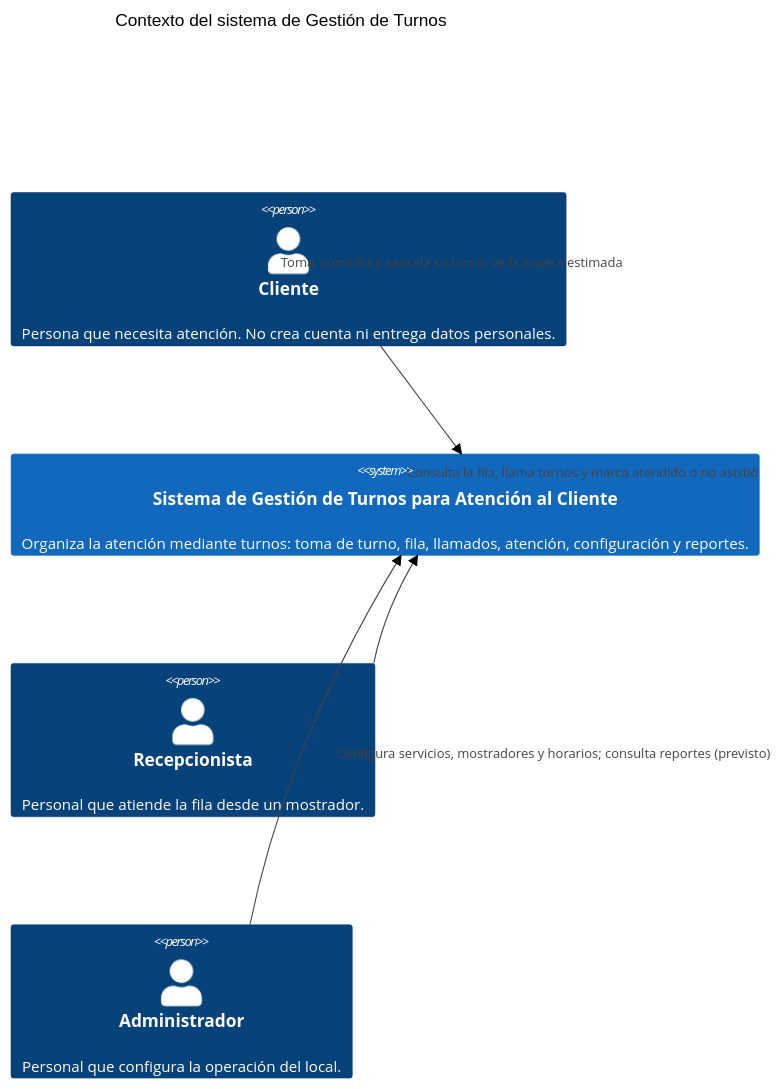
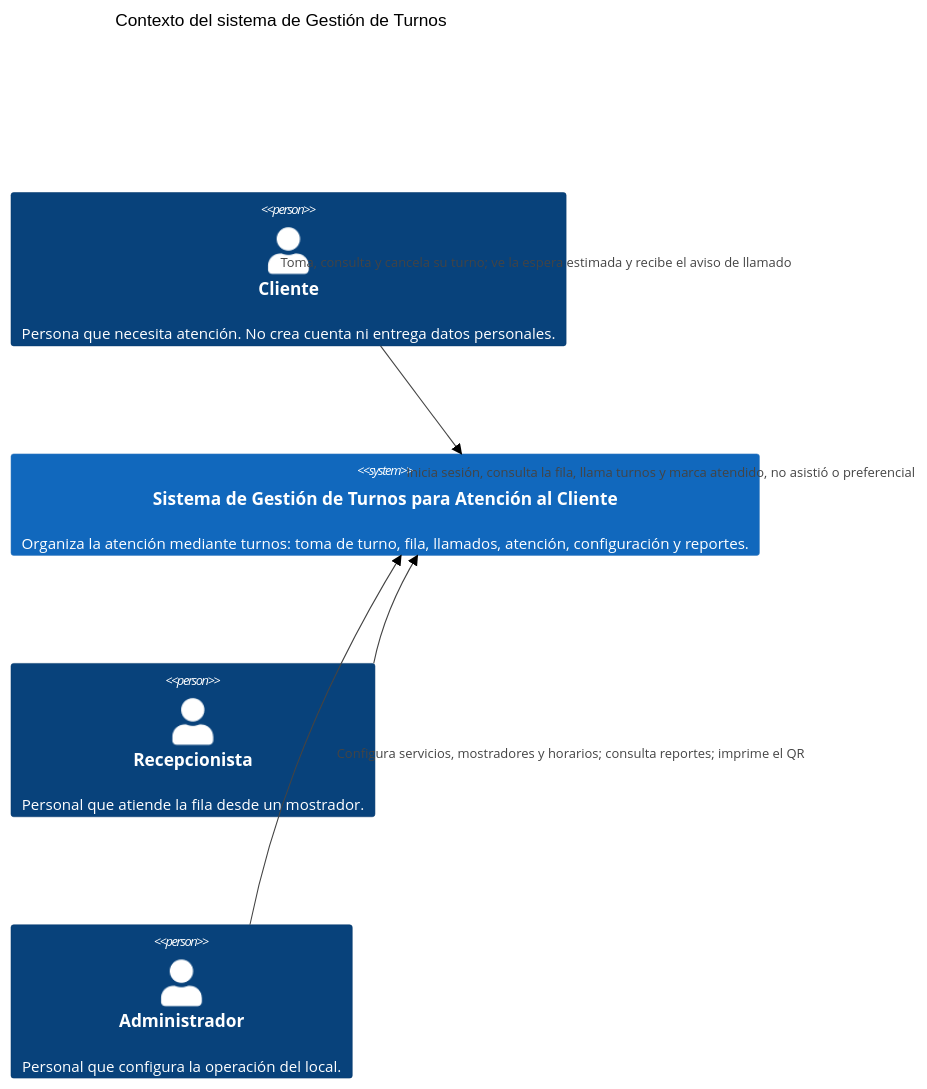
Before and after one commit to Dconduar/GestionDeTurnosProyecto: the first of 3 diagrams in docs/c4.md, drawn with Mermaid (neutral theme). The commit also changed other lines of this file and 23 other files, not shown here.

Commit message:
GES-54: correcciones, turnos preferenciales y filtro de reportes

````diff
--- a/docs/c4.md
+++ b/docs/c4.md
@@ -29,18 +27,18 @@
 ```mermaid
 C4Context
   title Contexto del sistema de Gestión de Turnos
 
   Person(cliente, "Cliente", "Persona que necesita atención. No crea cuenta ni entrega datos personales.")
   System(sistema, "Sistema de Gestión de Turnos para Atención al Cliente", "Organiza la atención mediante turnos: toma de turno, fila, llamados, atención, configuración y reportes.")
   Person(recepcionista, "Recepcionista", "Personal que atiende la fila desde un mostrador.")
   Person(administrador, "Administrador", "Personal que configura la operación del local.")
 
-  Rel(cliente, sistema, "Toma, consulta y cancela su turno; ve la espera estimada")
-  Rel(recepcionista, sistema, "Consulta la fila, llama turnos y marca atendido o no asistió")
-  Rel(administrador, sistema, "Configura servicios, mostradores y horarios; consulta reportes (previsto)")
+  Rel(cliente, sistema, "Toma, consulta y cancela su turno; ve la espera estimada y recibe el aviso de llamado")
+  Rel(recepcionista, sistema, "Inicia sesión, consulta la fila, llama turnos y marca atendido, no asistió o preferencial")
+  Rel(administrador, sistema, "Configura servicios, mostradores y horarios; consulta reportes; imprime el QR")
 
   UpdateRelStyle(cliente, sistema, $offsetX="-130", $offsetY="-130")
   UpdateRelStyle(recepcionista, sistema, $offsetX="10", $offsetY="-130")
   UpdateRelStyle(administrador, sistema, $offsetX="10", $offsetY="10")
   UpdateLayoutConfig($c4ShapeInRow="3", $c4BoundaryInRow="1")
 ```
````
